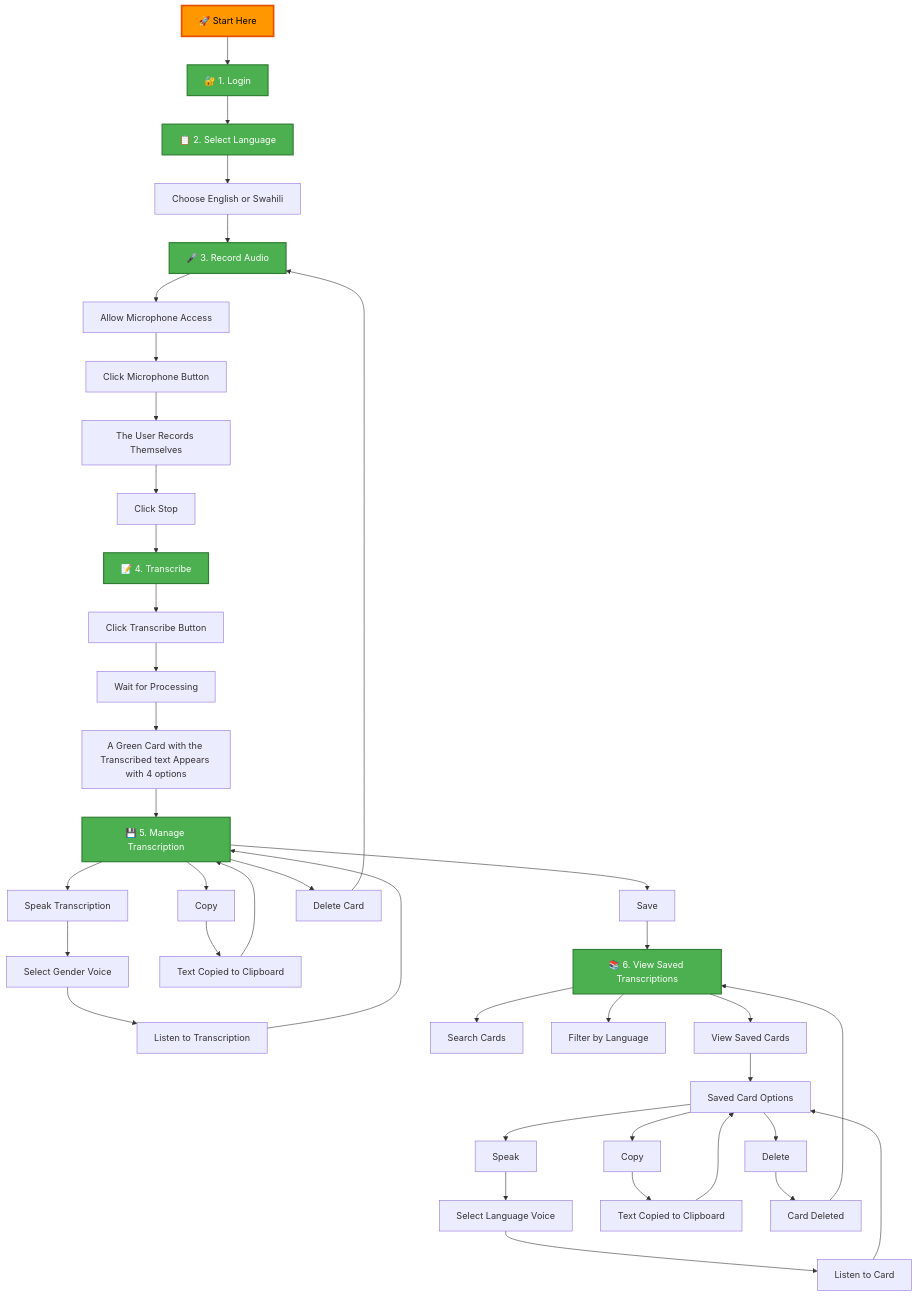
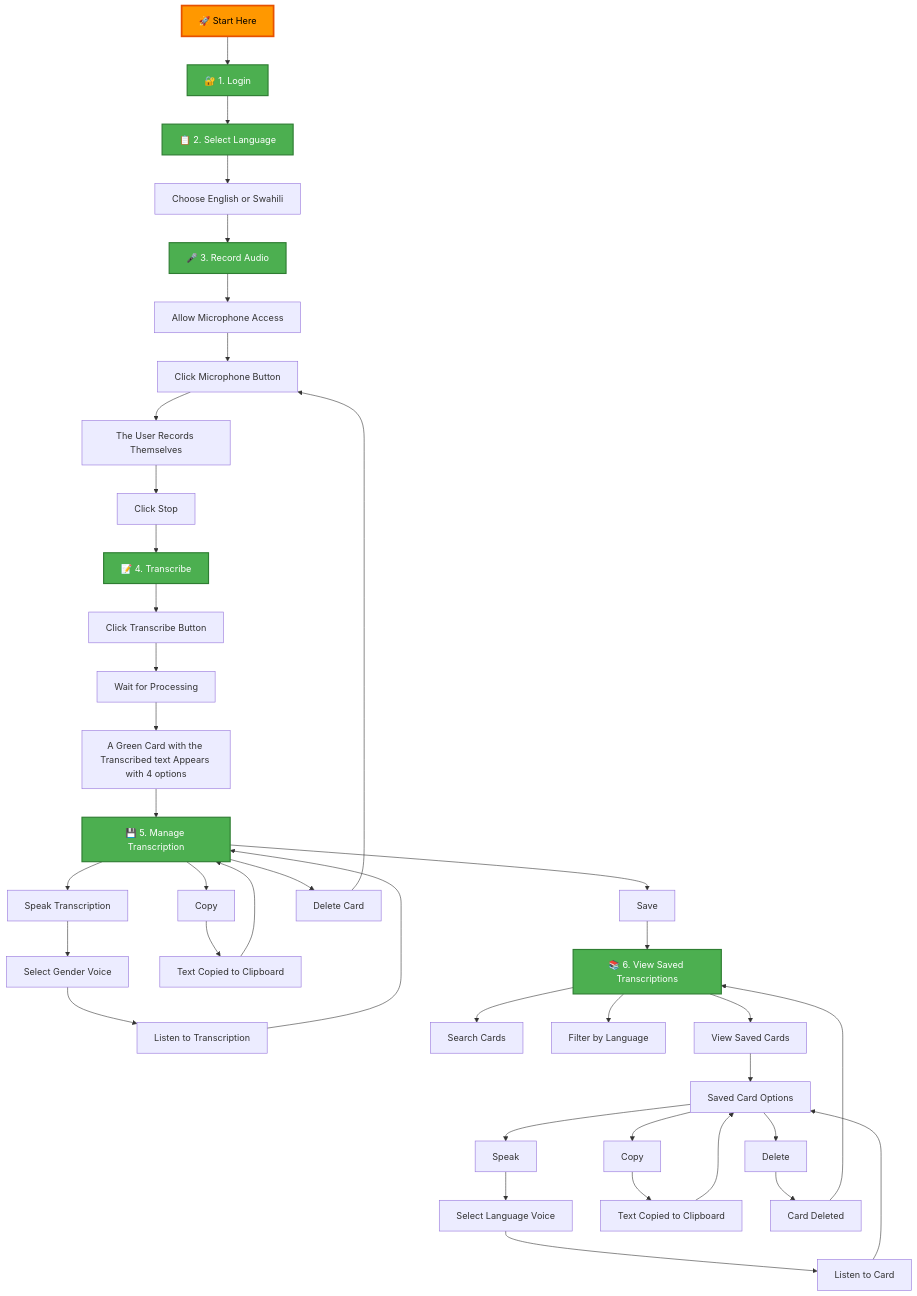
The diagram in README.md (LexMainye/Kasuku-Transcriber), drawn with Mermaid before and after one commit. The commit also changed 1 other file, not shown here.

Commit message:
Updated the readme flowchart

````diff
--- a/README.md
+++ b/README.md
@@ -28,64 +28,64 @@
 ```mermaid
 flowchart TD
    A[🚀 Start Here] --> B[🔐 1. Login]
    
    B --> C[📋 2. Select Language]
    C --> C1[Choose English or Swahili]
 
    C1 --> D[🎤 3. Record Audio]
    D --> D1[Allow Microphone Access]
    D1 --> D2[Click Microphone Button]
    D2 --> D3[The User Records Themselves]
    D3 --> D4[Click Stop]
 
    D4 --> E[📝 4. Transcribe]
    E --> E1[Click Transcribe Button]
    E1 --> E2[Wait for Processing]
    E2 --> E3[A Green Card with the Transcribed text Appears with 4 options]
 
    E3 --> F[💾 5. Manage Transcription]
 
    F --> F1[Speak Transcription]
    F --> F2[Copy]
    F --> F3[Save]
    F --> F4[Delete Card]
 
    F1 --> F1a[Select Gender Voice]
    F1a --> F1b[Listen to Transcription]
    F1b --> F
 
    F2 --> F2a[Text Copied to Clipboard]
    F2a --> F
 
    F3 --> G[📚 6. View Saved Transcriptions]
 
-   F4 --> D
+   F4 --> D2
 
    G --> G1[Search Cards]
    G --> G2[Filter by Language]
    G --> G3[View Saved Cards]
 
    G3 --> H[Saved Card Options]
 
    H --> H1[Speak]
    H --> H2[Copy]
    H --> H3[Delete]
 
    H1 --> H1a[Select Language Voice]
    H1a --> H1b[Listen to Card]
    H1b --> H
 
    H2 --> H2a[Text Copied to Clipboard]
    H2a --> H
 
    H3 --> H3a[Card Deleted]
    H3a --> G
 
    style A fill:#ff9800,color:#000,stroke:#e65100,stroke-width:3px
    style B fill:#4caf50,color:#fff,stroke:#2e7d32,stroke-width:2px
    style C fill:#4caf50,color:#fff,stroke:#2e7d32,stroke-width:2px
    style D fill:#4caf50,color:#fff,stroke:#2e7d32,stroke-width:2px
    style E fill:#4caf50,color:#fff,stroke:#2e7d32,stroke-width:2px
    style F fill:#4caf50,color:#fff,stroke:#2e7d32,stroke-width:2px
    style G fill:#4caf50,color:#fff,stroke:#2e7d32,stroke-width:2px
 ```
````
